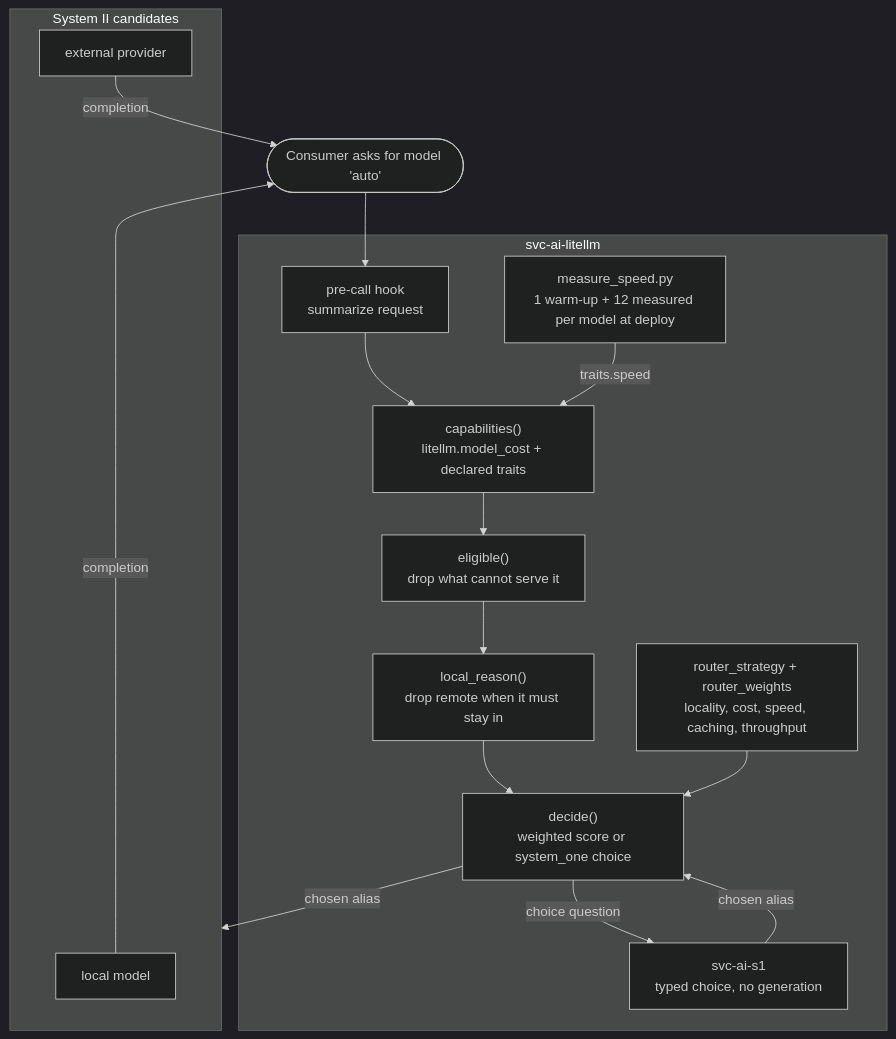
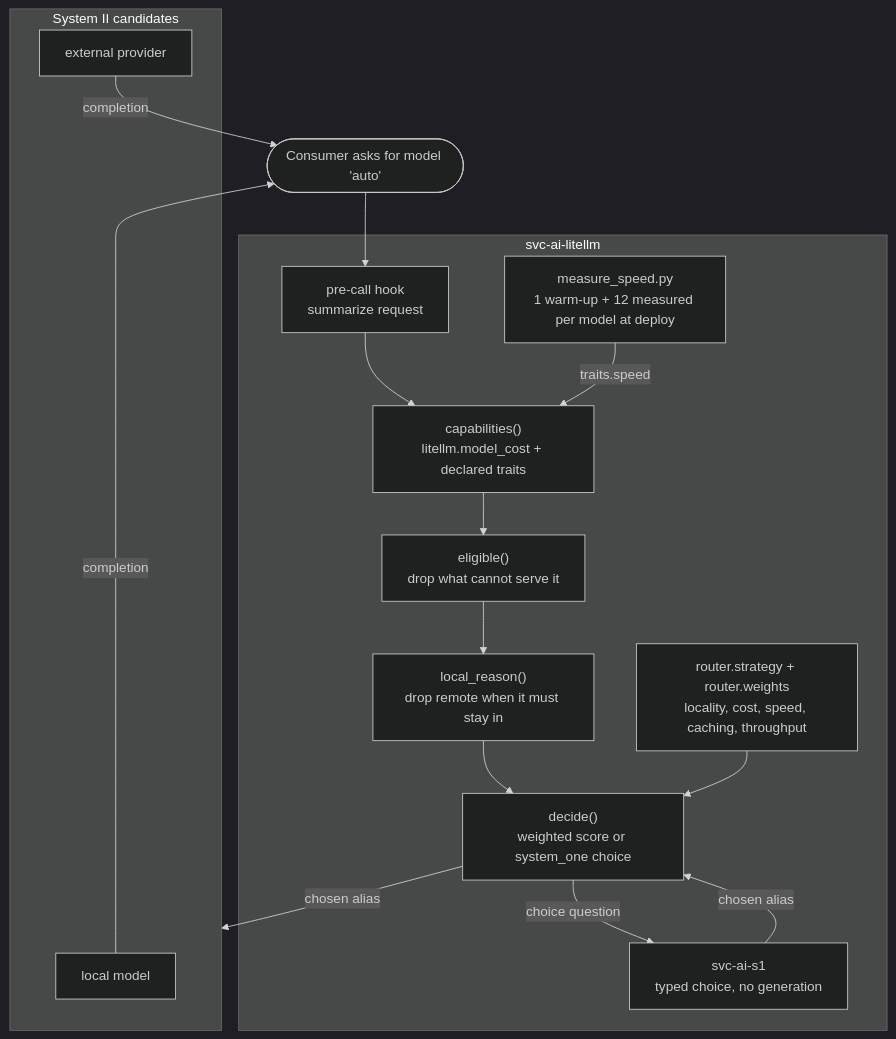
The diagram in docs/requirements/038-system-one-model-router.md (infinito-nexus/core), drawn with Mermaid (dark theme) before and after one commit. The commit also changed other lines of this file and 43 other files, not shown here.

````diff
--- a/docs/requirements/038-system-one-model-router.md
+++ b/docs/requirements/038-system-one-model-router.md
@@ -120,28 +120,28 @@
 ```mermaid
 flowchart TB
     consumer([Consumer asks for model 'auto'])
 
     subgraph gw["svc-ai-litellm"]
         hook["pre-call hook<br/>summarize request"]
         caps["capabilities()<br/>litellm.model_cost + declared traits"]
         elig["eligible()<br/>drop what cannot serve it"]
         keep["local_reason()<br/>drop remote when it must stay in"]
         dec["decide()<br/>weighted score or system_one choice"]
         jeff["svc-ai-s1<br/>typed choice, no generation"]
-        weights["router_strategy + router_weights<br/>locality, cost, speed, caching, throughput"]
+        weights["router.strategy + router.weights<br/>locality, cost, speed, caching, throughput"]
         rates["measure_speed.py<br/>1 warm-up + 12 measured per model at deploy"]
     end
 
     subgraph sys2["System II candidates"]
         small["local model"]
         remote["external provider"]
     end
 
     consumer --> hook --> caps --> elig --> keep --> dec
     weights --> dec
     dec -->|choice question| jeff
     jeff -->|chosen alias| dec
     rates -->|traits.speed| caps
     dec -->|chosen alias| sys2
     small & remote -->|completion| consumer
 ```
````
